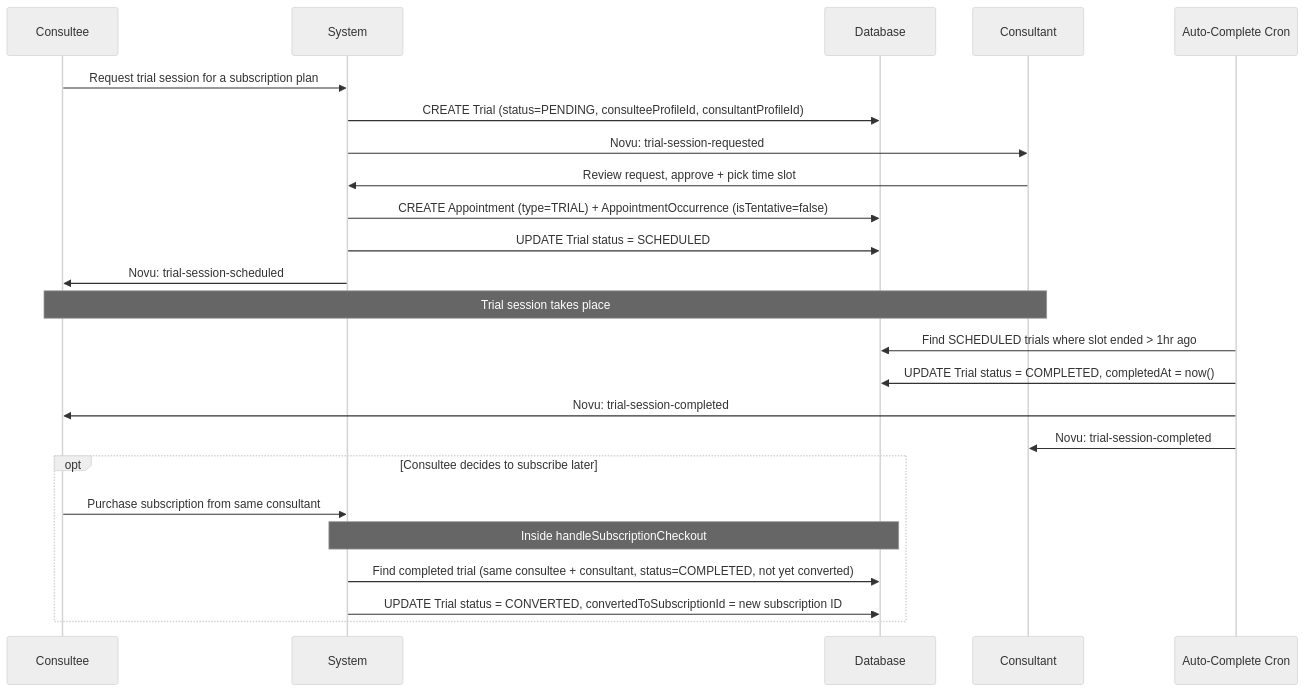
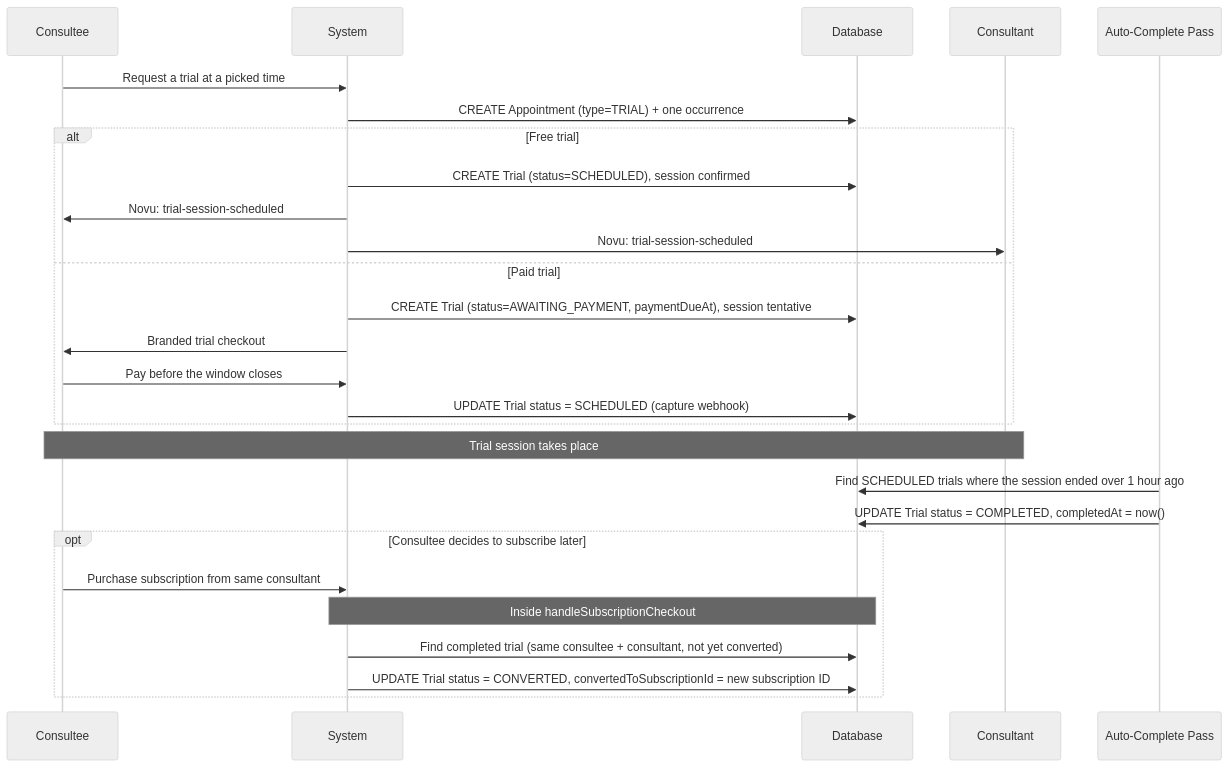
Before and after one commit to Practitionist/familiarise_web: the eighth of 16 diagrams in docs/booking/06-booking-lifecycle.md, drawn with Mermaid (neutral theme). The commit also changed other lines of this file and 20 other files, not shown here.

````diff
--- a/docs/booking/06-booking-lifecycle.md
+++ b/docs/booking/06-booking-lifecycle.md
@@ -667,31 +667,33 @@
 ```mermaid
 sequenceDiagram
     participant CE as Consultee
     participant SYS as System
     participant DB as Database
     participant CT as Consultant
-    participant CRON as Auto-Complete Cron
+    participant CRON as Auto-Complete Pass
 
-    CE->>SYS: Request trial session for a subscription plan
-    SYS->>DB: CREATE Trial (status=PENDING, consulteeProfileId, consultantProfileId)
-    SYS->>CT: Novu: trial-session-requested
-
-    CT->>SYS: Review request, approve + pick time slot
-    SYS->>DB: CREATE Appointment (type=TRIAL) + AppointmentOccurrence (isTentative=false)
-    SYS->>DB: UPDATE Trial status = SCHEDULED
-    SYS->>CE: Novu: trial-session-scheduled
+    CE->>SYS: Request a trial at a picked time
+    SYS->>DB: CREATE Appointment (type=TRIAL) + one occurrence
+    alt Free trial
+        SYS->>DB: CREATE Trial (status=SCHEDULED), session confirmed
+        SYS->>CE: Novu: trial-session-scheduled
+        SYS->>CT: Novu: trial-session-scheduled
+    else Paid trial
+        SYS->>DB: CREATE Trial (status=AWAITING_PAYMENT, paymentDueAt), session tentative
+        SYS->>CE: Branded trial checkout
+        CE->>SYS: Pay before the window closes
+        SYS->>DB: UPDATE Trial status = SCHEDULED (capture webhook)
+    end
 
     Note over CE,CT: Trial session takes place
 
-    CRON->>DB: Find SCHEDULED trials where slot ended > 1hr ago
+    CRON->>DB: Find SCHEDULED trials where the session ended over 1 hour ago
     CRON->>DB: UPDATE Trial status = COMPLETED, completedAt = now()
-    CRON->>CE: Novu: trial-session-completed
-    CRON->>CT: Novu: trial-session-completed
 
     opt Consultee decides to subscribe later
         CE->>SYS: Purchase subscription from same consultant
         Note over SYS,DB: Inside handleSubscriptionCheckout
-        SYS->>DB: Find completed trial (same consultee + consultant, status=COMPLETED, not yet converted)
+        SYS->>DB: Find completed trial (same consultee + consultant, not yet converted)
         SYS->>DB: UPDATE Trial status = CONVERTED, convertedToSubscriptionId = new subscription ID
     end
 ```
````
